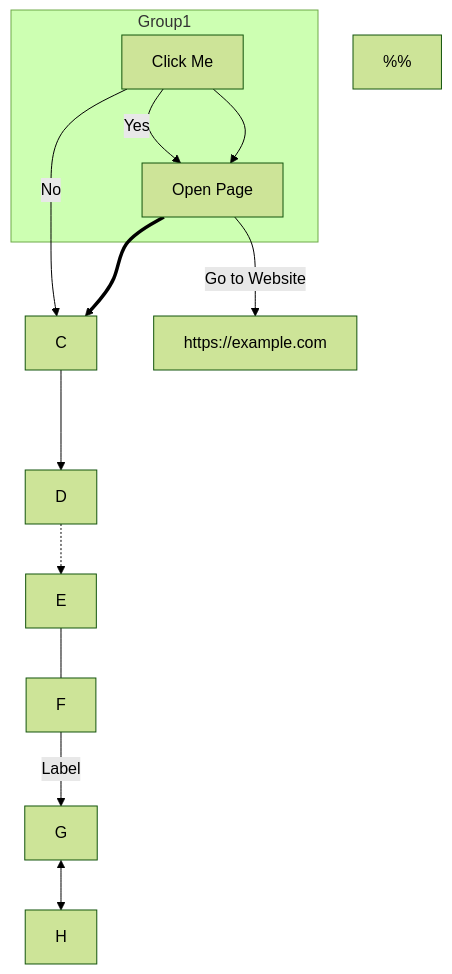
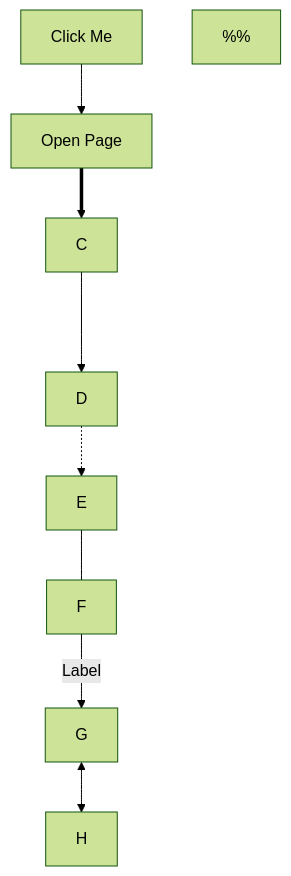
One commit to MeRezaRezaei/Mermaid-Cheat-Sheet changed the diagram in Graph.mmd. Above: the diagram before and after it, drawn with Mermaid (forest theme).

Commit message:
Simplify graph structure by removing nodes and edges
Removed subgraph and conditional edges from the graph.

```diff
--- a/Graph.mmd
+++ b/Graph.mmd
@@ -1,42 +1,26 @@
 graph TD
     A[Click Me] --> B[Open Page]
     A:::green
     class A green;
 
     B ==> C
     C ---> D
     D -.-> E
     E --- F
     F -->|Label| G
     G <--> H
-
-    subgraph Group1
-        A
-        B
-    end
-
-    A -->|Yes| B
-    A -->|No| C
-
-    B -->|Go to Website| https://example.com
 
     %% Explanation of the graph:
     %% 1. The graph direction is 'TD' (Top Down).
     %% 2. Nodes are connected using different types of edges:
     %%    - '-->' for normal arrows (e.g., A --> B)
     %%    - '==>' for thicker arrows (e.g., B ==> C)
     %%    - '--->' for dashed arrows (e.g., C ---> D)
     %%    - '-.->' for dotted arrows (e.g., D -.-> E)
     %%    - '---' for dashed lines (e.g., E --- F)
     %%    - '-->' with a label for labeled arrows (e.g., F -->|Label| G)
     %%    - '<-->' for bidirectional arrows (e.g., G <--> H)
     %%
     %% 3. The 'subgraph' keyword is used to group nodes A and B together in 'Group1'.
-    %% 4. Conditional edges are shown as 'Yes' and 'No' options from node A:
-    %%    - A -->|Yes| B
-    %%    - A -->|No| C
-    %%
-    %% 5. The graph contains an external link:
-    %%    - B -->|Go to Website| https://example.com
-    %%
-    %% 6. The class 'green' is applied to node A, changing its appearance.
+    %% 4. The graph can represent more complex structures with multiple connections and bidirectional relationships.
+    %% 5. There are no strict flow paths. This is more of a network or relationship diagram.
```
